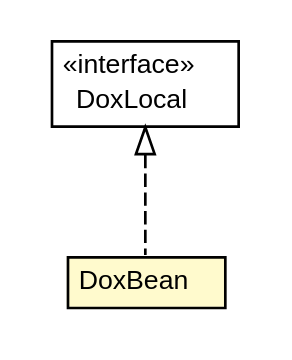
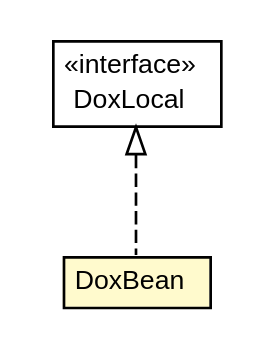
One commit to trajano/doxdb changed the diagram in doxdb-rest/apidocs/net/trajano/doxdb/ejb/DoxBean.dot. Above: the diagram before and after it, drawn with Graphviz. The commit also changed 214 other files, not shown here.

```diff
--- a/doxdb-rest/apidocs/net/trajano/doxdb/ejb/DoxBean.dot
+++ b/doxdb-rest/apidocs/net/trajano/doxdb/ejb/DoxBean.dot
@@ -1,27 +1,27 @@
 #!/usr/local/bin/dot
 #
 # Class diagram 
 # Generated by UMLGraph version R5_6-24-gf6e263 (http://www.umlgraph.org/)
 #
 
 digraph G {
-	edge [fontname="Helvetica",fontsize=10,labelfontname="Helvetica",labelfontsize=10];
-	node [fontname="Helvetica",fontsize=10,shape=plaintext];
+	edge [fontname="arial",fontsize=10,labelfontname="arial",labelfontsize=10];
+	node [fontname="arial",fontsize=10,shape=plaintext];
 	nodesep=0.25;
 	ranksep=0.5;
-	// net.trajano.doxdb.ejb.DoxBean
-	c64 [label=<<table title="net.trajano.doxdb.ejb.DoxBean" border="0" cellborder="1" cellspacing="0" cellpadding="2" port="p" bgcolor="lemonChiffon" href="./DoxBean.html">
-		<tr><td><table border="0" cellspacing="0" cellpadding="1">
-<tr><td align="center" balign="center"> DoxBean </td></tr>
-		</table></td></tr>
-		</table>>, URL="./DoxBean.html", fontname="Helvetica", fontcolor="black", fontsize=10.0];
 	// net.trajano.doxdb.ejb.DoxLocal
-	c65 [label=<<table title="net.trajano.doxdb.ejb.DoxLocal" border="0" cellborder="1" cellspacing="0" cellpadding="2" port="p" href="./DoxLocal.html">
+	c90 [label=<<table title="net.trajano.doxdb.ejb.DoxLocal" border="0" cellborder="1" cellspacing="0" cellpadding="2" port="p" href="./DoxLocal.html">
 		<tr><td><table border="0" cellspacing="0" cellpadding="1">
 <tr><td align="center" balign="center"> &#171;interface&#187; </td></tr>
 <tr><td align="center" balign="center"> DoxLocal </td></tr>
 		</table></td></tr>
-		</table>>, URL="./DoxLocal.html", fontname="Helvetica", fontcolor="black", fontsize=10.0];
+		</table>>, URL="./DoxLocal.html", fontname="arial", fontcolor="black", fontsize=10.0];
+	// net.trajano.doxdb.ejb.DoxBean
+	c91 [label=<<table title="net.trajano.doxdb.ejb.DoxBean" border="0" cellborder="1" cellspacing="0" cellpadding="2" port="p" bgcolor="lemonChiffon" href="./DoxBean.html">
+		<tr><td><table border="0" cellspacing="0" cellpadding="1">
+<tr><td align="center" balign="center"> DoxBean </td></tr>
+		</table></td></tr>
+		</table>>, URL="./DoxBean.html", fontname="arial", fontcolor="black", fontsize=10.0];
 	//net.trajano.doxdb.ejb.DoxBean implements net.trajano.doxdb.ejb.DoxLocal
-	c65:p -> c64:p [dir=back,arrowtail=empty,style=dashed];
+	c90:p -> c91:p [dir=back,arrowtail=empty,style=dashed];
 }
```
